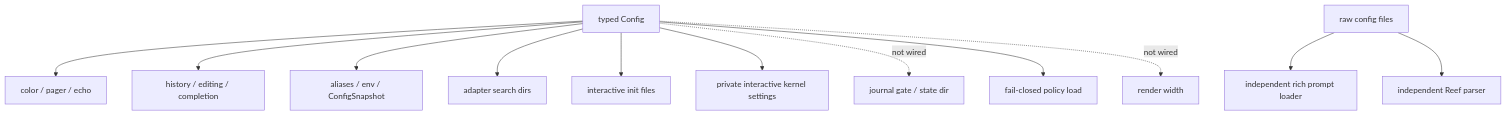
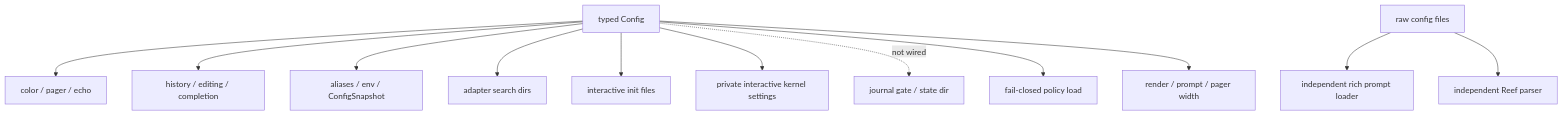
One commit to alliecatowo/shoal changed the second of 2 diagrams in site/content/internals/configuration-reference.md. Above: the diagram before and after it, drawn with Mermaid. The commit also changed other lines of this file and 7 other files, not shown here.

Commit message:
config: apply render width across host surfaces

````diff
--- a/site/content/internals/configuration-reference.md
+++ b/site/content/internals/configuration-reference.md
@@ -326,16 +326,16 @@
 ```mermaid
 flowchart TD
 accTitle: Host wiring matrix
 accDescr: Shows the components and relationships described in Host wiring matrix.
   Config["typed Config"] --> Render["color / pager / echo"]
   Config --> Editor["history / editing / completion"]
   Config --> Bindings["aliases / env / ConfigSnapshot"]
   Config --> Adapters["adapter search dirs"]
   Config --> Init["interactive init files"]
   Config --> Kernel["private interactive kernel settings"]
   Config -. "not wired" .-> Journal["journal gate / state dir"]
   Config --> Leash["fail-closed policy load"]
-  Config -. "not wired" .-> Width["render width"]
+  Config --> Width["render / prompt / pager width"]
   Files["raw config files"] --> Prompt["independent rich prompt loader"]
   Files --> Reef["independent Reef parser"]
 ```
````
